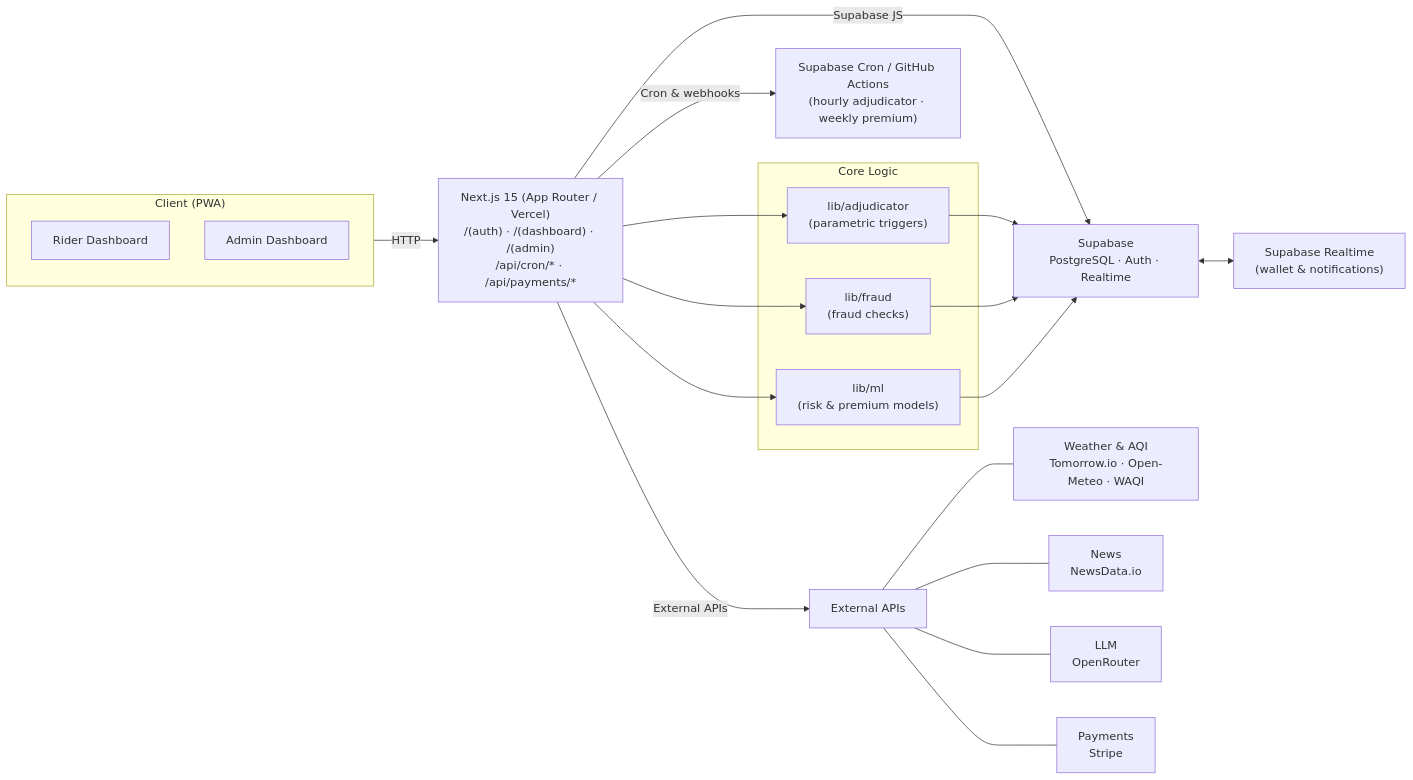
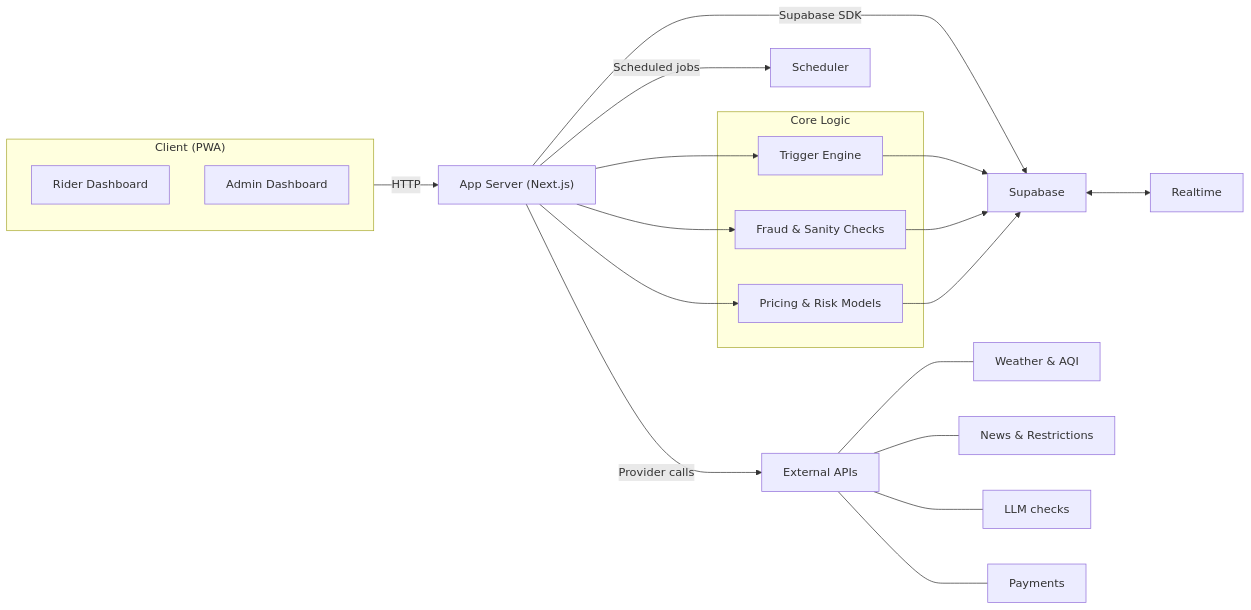
Before and after one commit to lohitkolluri/Oasis: the diagram in README.md, drawn with Mermaid. The commit also changed other lines of this file and 68 other files, not shown here.

````diff
--- a/README.md
+++ b/README.md
@@ -94,32 +83,32 @@
 ```mermaid
 flowchart LR
   subgraph Client["Client (PWA)"]
     R["Rider Dashboard"]
     A["Admin Dashboard"]
   end
 
-  Client -->|HTTP| App["Next.js 15 (App Router / Vercel)\n/(auth) · /(dashboard) · /(admin)\n/api/cron/* · /api/payments/*"]
-  App -->|Supabase JS| DB["Supabase\nPostgreSQL · Auth · Realtime"]
-  App -->|Cron & webhooks| Cron["Supabase Cron / GitHub Actions\n(hourly adjudicator · weekly premium)"]
-  App -->|External APIs| APIs["External APIs"]
+  Client -->|HTTP| App["App Server (Next.js)"]
+  App -->|Supabase SDK| DB["Supabase"]
+  App -->|Scheduled jobs| Cron["Scheduler"]
+  App -->|Provider calls| APIs["External APIs"]
 
-  DB <--> RT["Supabase Realtime\n(wallet & notifications)"]
+  DB <--> RT["Realtime"]
 
-  APIs --- W["Weather & AQI\nTomorrow.io · Open-Meteo · WAQI"]
-  APIs --- N["News\nNewsData.io"]
-  APIs --- L["LLM\nOpenRouter"]
-  APIs --- P["Payments\nStripe"]
+  APIs --- W["Weather & AQI"]
+  APIs --- N["News & Restrictions"]
+  APIs --- L["LLM checks"]
+  APIs --- P["Payments"]
 
   subgraph Core["Core Logic"]
-    Adj["lib/adjudicator\n(parametric triggers)"]
-    Fraud["lib/fraud\n(fraud checks)"]
-    ML["lib/ml\n(risk & premium models)"]
+    Adj["Trigger Engine"]
+    Fraud["Fraud & Sanity Checks"]
+    ML["Pricing & Risk Models"]
   end
 
   App --> Adj
   App --> Fraud
   App --> ML
   Adj --> DB
   Fraud --> DB
   ML --> DB
 ```
````
